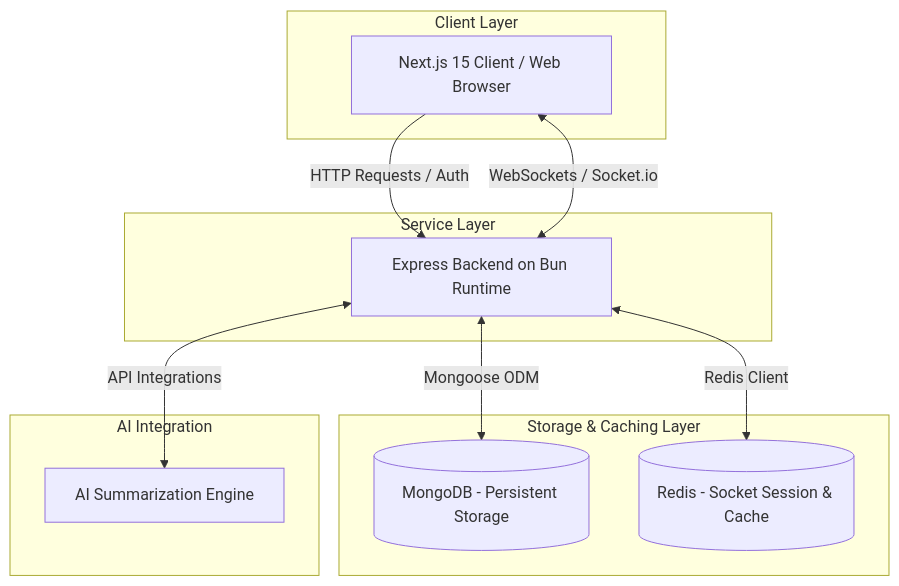
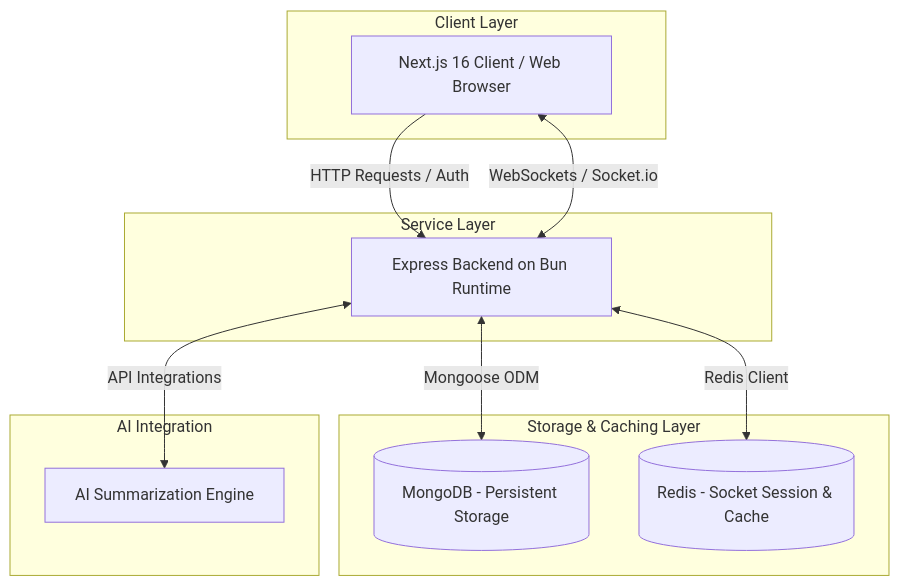
Before and after one commit to anandxdj/open_poll: the diagram in README.md, drawn with Mermaid. The commit also changed other lines of this file and 2 other files, not shown here.

````diff
--- a/README.md
+++ b/README.md
@@ -36,26 +36,26 @@
 ```mermaid
 graph TD
     subgraph Client Layer
-        A[Next.js 15 Client / Web Browser]
+        A[Next.js 16 Client / Web Browser]
     end
 
     subgraph Service Layer
         B[Express Backend on Bun Runtime]
     end
 
     subgraph Storage & Caching Layer
         C[(MongoDB - Persistent Storage)]
         D[(Redis - Socket Session & Cache)]
     end
 
     subgraph AI Integration
         E[AI Summarization Engine]
     end
 
     %% Communications
     A -->|HTTP Requests / Auth| B
     A <-->|WebSockets / Socket.io| B
     B <-->|Mongoose ODM| C
     B <-->|Redis Client| D
     B <-->|API Integrations| E
 ```
````
